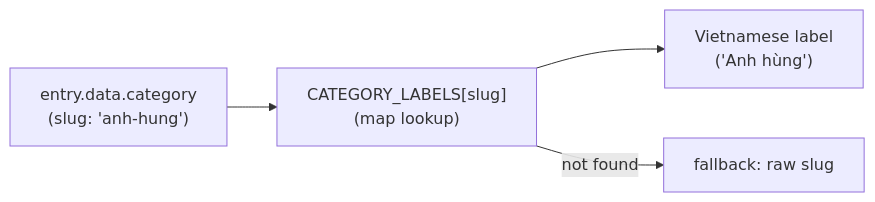
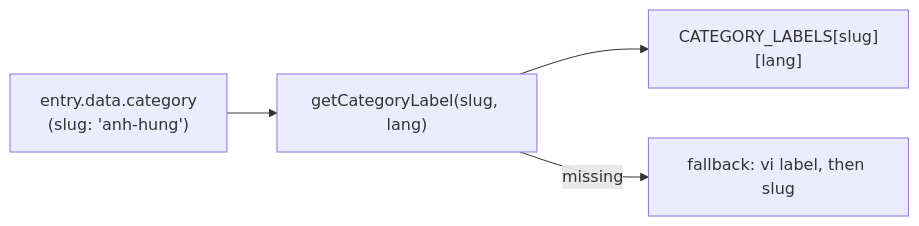
Before and after one commit to khanhhung142/mythic-pages: the third of 3 diagrams in doc/data-flow.md, drawn with Mermaid. The commit also changed other lines of this file and 12 other files, not shown here.

````diff
--- a/doc/data-flow.md
+++ b/doc/data-flow.md
@@ -107,6 +113,6 @@
 ```mermaid
 graph LR
-    A["entry.data.category<br/>(slug: 'anh-hung')"] --> B["CATEGORY_LABELS[slug]<br/>(map lookup)"]
-    B --> C["Vietnamese label<br/>('Anh hùng')"]
-    B -->|"not found"| D["fallback: raw slug"]
+    A["entry.data.category<br/>(slug: 'anh-hung')"] --> B["getCategoryLabel(slug, lang)"]
+    B --> C["CATEGORY_LABELS[slug][lang]"]
+    B -->|"missing"| D["fallback: vi label, then slug"]
 ```
````
